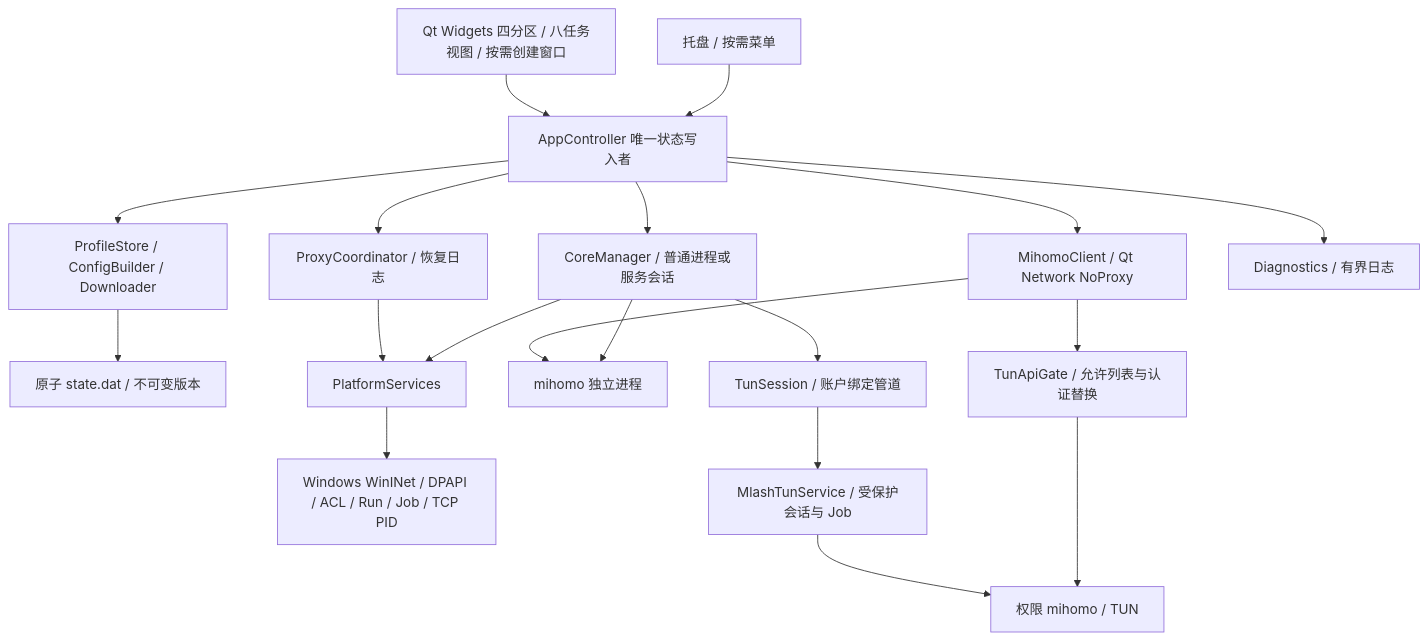
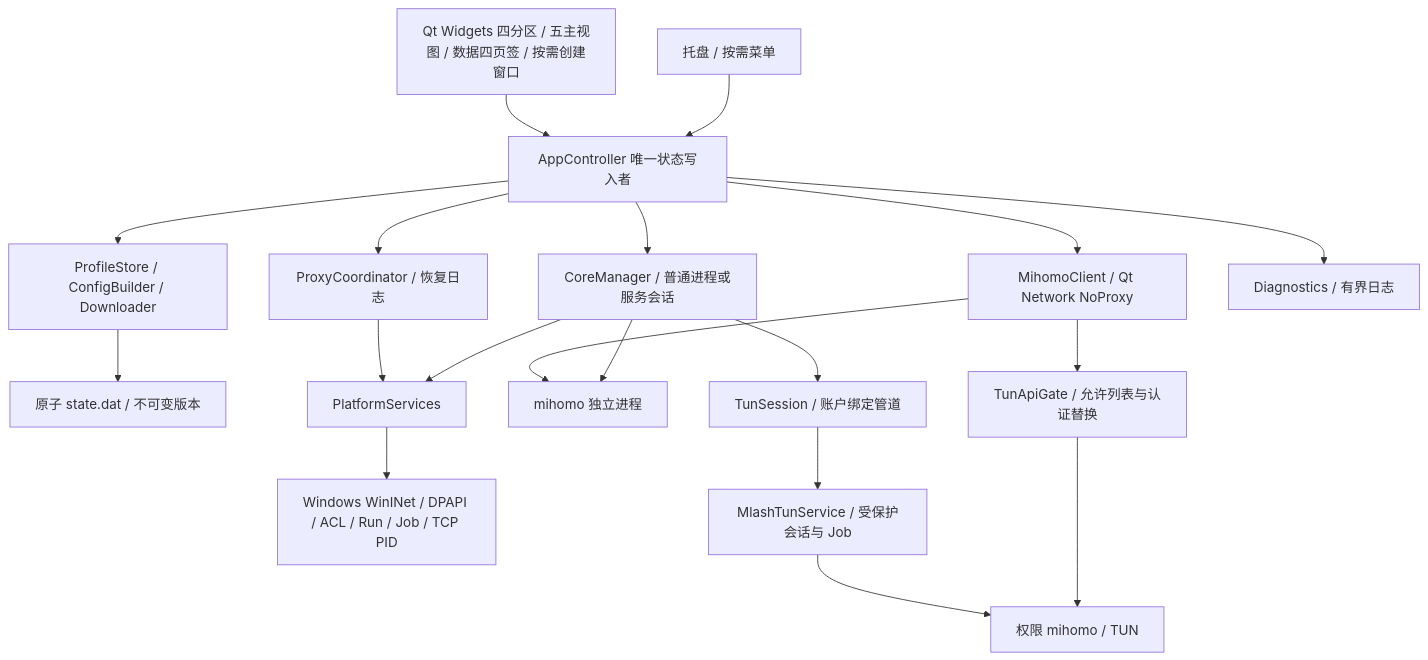
The diagram in docs/architecture.md (downdone/mlash), drawn with Mermaid before and after one commit. The commit also changed other lines of this file and 124 other files, not shown here.

````diff
--- a/docs/architecture.md
+++ b/docs/architecture.md
@@ -7,21 +7,21 @@
 ```mermaid
 flowchart TD
-  UI[Qt Widgets 四分区 / 八任务视图 / 按需创建窗口] --> C[AppController 唯一状态写入者]
+  UI[Qt Widgets 四分区 / 五主视图 / 数据四页签 / 按需创建窗口] --> C[AppController 唯一状态写入者]
   Tray[托盘 / 按需菜单] --> C
   C --> API[MihomoClient / Qt Network NoProxy]
   C --> CM[CoreManager / 普通进程或服务会话]
   C --> P[ProfileStore / ConfigBuilder / Downloader]
   C --> R[ProxyCoordinator / 恢复日志]
   C --> D[Diagnostics / 有界日志]
   P --> S[原子 state.dat / 不可变版本]
   R --> OS[PlatformServices]
   CM --> OS
   OS --> W[Windows WinINet / DPAPI / ACL / Run / Job / TCP PID]
   API --> Core[mihomo 独立进程]
   CM --> Core
   CM --> TS[TunSession / 账户绑定管道]
   TS --> SVC[MlashTunService / 受保护会话与 Job]
   SVC --> TC[权限 mihomo / TUN]
   API --> Gate[TunApiGate / 允许列表与认证替换]
   Gate --> TC
 ```
````
